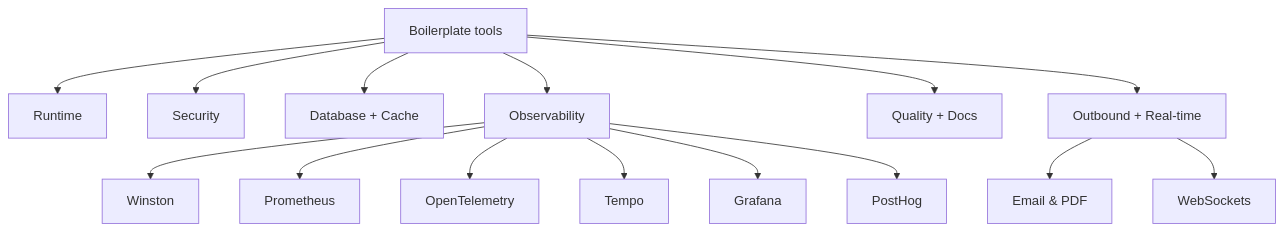
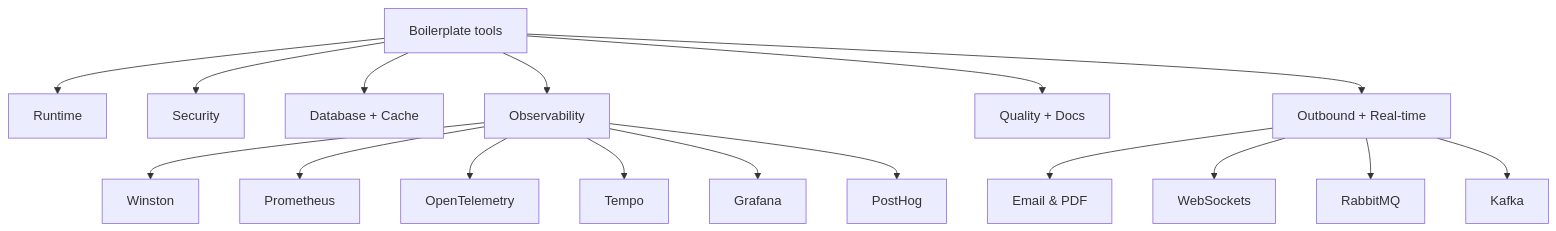
One commit to Guebbit/boilerplate-node-backend changed the diagram in docs/tools/index.md. Above: the diagram before and after it, drawn with Mermaid. The commit also changed other lines of this file and 4 other files, not shown here.

Commit message:
docs: add Kafka docs, update RabbitMQ intro, trim helpers-websockets comments

````diff
--- a/docs/tools/index.md
+++ b/docs/tools/index.md
@@ -9,19 +9,21 @@
 ```mermaid
 flowchart TD
     A[Boilerplate tools] --> B[Runtime]
     A --> C[Security]
     A --> D[Database + Cache]
     A --> E[Observability]
     A --> F[Quality + Docs]
     A --> G[Outbound + Real-time]
 
     E --> E1[Winston]
     E --> E2[Prometheus]
     E --> E3[OpenTelemetry]
     E --> E4[Tempo]
     E --> E5[Grafana]
     E --> E6[PostHog]
 
     G --> G1[Email & PDF]
     G --> G2[WebSockets]
+    G --> G3[RabbitMQ]
+    G --> G4[Kafka]
 ```
````
